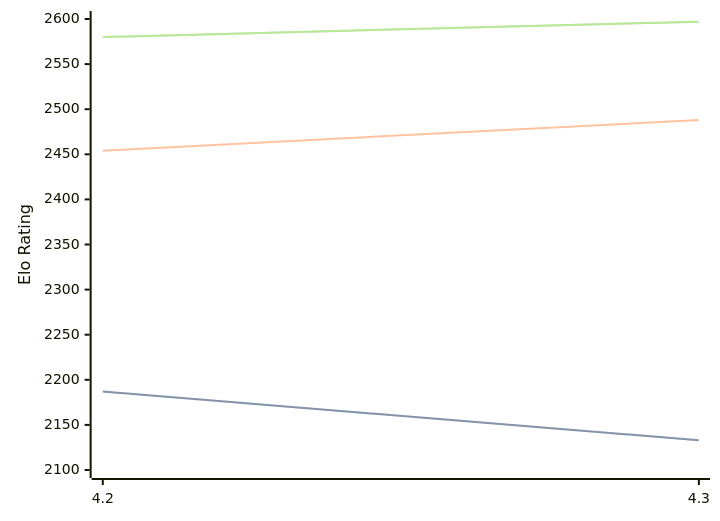
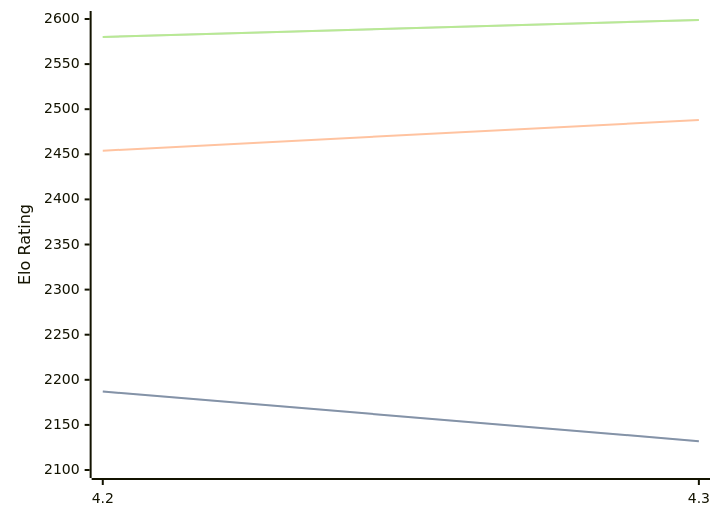
The diagram in engines/Eubos.md (computer-chess-index/cci), drawn with Mermaid before and after one commit. The commit also changed other lines of this file, not shown here.

Commit message:
Update CCI Ratings (ELO VLTC) - 2026-04-10

````diff
--- a/engines/Eubos.md
+++ b/engines/Eubos.md
@@ -88,11 +88,11 @@
 ```mermaid
 %%{init: {"theme":"base","themeVariables":{"seriesColors:['#a3a3a3','#222221','#faa371']}}}%%
 xychart-beta
   x-axis ["4.2", "4.3"]
   y-axis "Elo Rating" 2100 --> 2600
-  line "STC (8.0+0.08s)" [2187, 2133]
-  line "STC (8.0+0.08s)" [2187, 2133]
+  line "STC (8.0+0.08s)" [2187, 2132]
+  line "STC (8.0+0.08s)" [2187, 2132]
   line "LTC (60.0+0.60s)" [2454, 2488]
-  line "VLTC (2m24s+1.12s)" [2580, 2597]
-  line "VLTC (2m24s+1.12s)" [2580, 2597]
+  line "VLTC (2m24s+1.12s)" [2580, 2599]
+  line "VLTC (2m24s+1.12s)" [2580, 2599]
 ```
````
